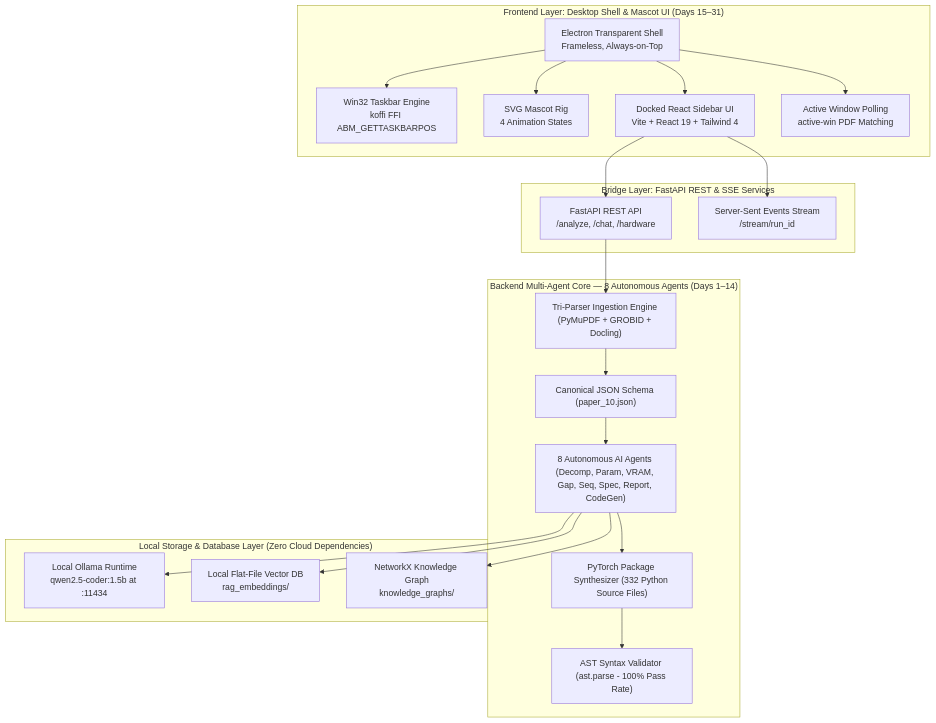
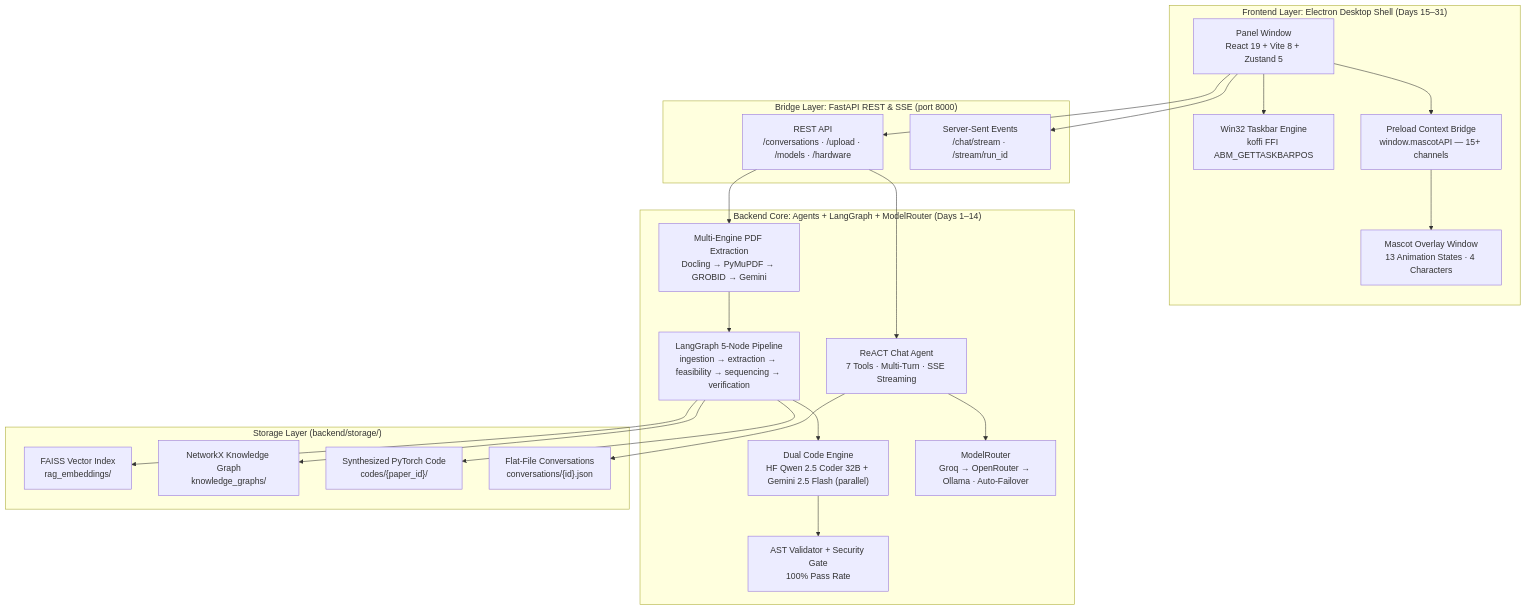
One commit to varunchandra10/Paper-2-Project changed the diagram in docs/Paper-2-Project_plan.md. Above: the diagram before and after it, drawn with Mermaid. The commit also changed other lines of this file and 327 other files, not shown here.

Commit message:
REUXIS-AI-updated-largescale - corrected backend bugs - connected backend and frontend renderer properly - updated the mascot selection and mascot's - updated the core parts, componented and modualrized the codes for better readbility - update models and its quota rate limits UI

````diff
--- a/docs/Paper-2-Project_plan.md
+++ b/docs/Paper-2-Project_plan.md
@@ -11,28 +13,31 @@
 ```mermaid
 flowchart TD
-    subgraph Client_Layer["Frontend Layer: Desktop Shell & Mascot UI (Days 15–31)"]
-        Desktop[Electron Transparent Shell\nFrameless, Always-on-Top] --> WinAPI[Win32 Taskbar Engine\nkoffi FFI ABM_GETTASKBARPOS]
-        Desktop --> Mascot[SVG Mascot Rig\n4 Animation States]
-        Desktop --> Sidebar[Docked React Sidebar UI\nVite + React 19 + Tailwind 4]
-        Desktop --> ActiveWin[Active Window Polling\nactive-win PDF Matching]
+    subgraph Client_Layer["Frontend Layer: Electron Desktop Shell (Days 15–31)"]
+        Panel[Panel Window\nReact 19 + Vite 8 + Zustand 5]
+        Mascot[Mascot Overlay Window\n13 Animation States · 4 Characters]
+        Panel --> WinAPI[Win32 Taskbar Engine\nkoffi FFI ABM_GETTASKBARPOS]
+        Panel --> IPC[Preload Context Bridge\nwindow.mascotAPI — 15+ channels]
+        IPC --> Mascot
     end
 
-    subgraph Bridge_Layer["Bridge Layer: FastAPI REST & SSE Services"]
-        Sidebar --> REST[FastAPI REST API\n/analyze, /chat, /hardware]
-        Sidebar --> SSE[Server-Sent Events Stream\n/stream/run_id]
+    subgraph Bridge_Layer["Bridge Layer: FastAPI REST & SSE  (port 8000)"]
+        Panel --> REST[REST API\n/conversations · /upload · /models · /hardware]
+        Panel --> SSE[Server-Sent Events\n/chat/stream · /stream/run_id]
     end
 
-    subgraph Backend_Layer["Backend Multi-Agent Core — 8 Autonomous Agents (Days 1–14)"]
-        REST --> Ingestion["Tri-Parser Ingestion Engine (PyMuPDF + GROBID + Docling)"]
-        Ingestion --> Canonical["Canonical JSON Schema (paper_10.json)"]
-        Canonical --> Agents["8 Autonomous AI Agents (Decomp, Param, VRAM, Gap, Seq, Spec, Report, CodeGen)"]
-        Agents --> PyTorchCode["PyTorch Package Synthesizer (332 Python Source Files)"]
-        PyTorchCode --> ASTCheck["AST Syntax Validator (ast.parse - 100% Pass Rate)"]
+    subgraph Backend_Layer["Backend Core: Agents + LangGraph + ModelRouter (Days 1–14)"]
+        REST --> Extraction["Multi-Engine PDF Extraction\nDocling → PyMuPDF → GROBID → Gemini"]
+        Extraction --> Pipeline["LangGraph 5-Node Pipeline\ningestion → extraction → feasibility → sequencing → verification"]
+        Pipeline --> DualEngine["Dual Code Engine\nHF Qwen 2.5 Coder 32B + Gemini 2.5 Flash (parallel)"]
+        DualEngine --> ASTCheck["AST Validator + Security Gate\n100% Pass Rate"]
+        REST --> ChatAgent["ReACT Chat Agent\n7 Tools · Multi-Turn · SSE Streaming"]
+        ChatAgent --> ModelRouter["ModelRouter\nGroq → OpenRouter → Ollama · Auto-Failover"]
     end
 
-    subgraph Storage_Layer["Local Storage & Database Layer (Zero Cloud Dependencies)"]
-        Agents --> LocalOllama[Local Ollama Runtime\nqwen2.5-coder:1.5b at :11434]
-        Agents --> VectorDB[Local Flat-File Vector DB\nrag_embeddings/]
-        Agents --> KnowledgeGraph[NetworkX Knowledge Graph\nknowledge_graphs/]
+    subgraph Storage_Layer["Storage Layer (backend/storage/)"]
+        Pipeline --> VectorDB["FAISS Vector Index\nrag_embeddings/"]
+        Pipeline --> KnowledgeGraph["NetworkX Knowledge Graph\nknowledge_graphs/"]
+        Pipeline --> Codes["Synthesized PyTorch Code\ncodes/{paper_id}/"]
+        ChatAgent --> Conversations["Flat-File Conversations\nconversations/{id}.json"]
     end
 ```
````
